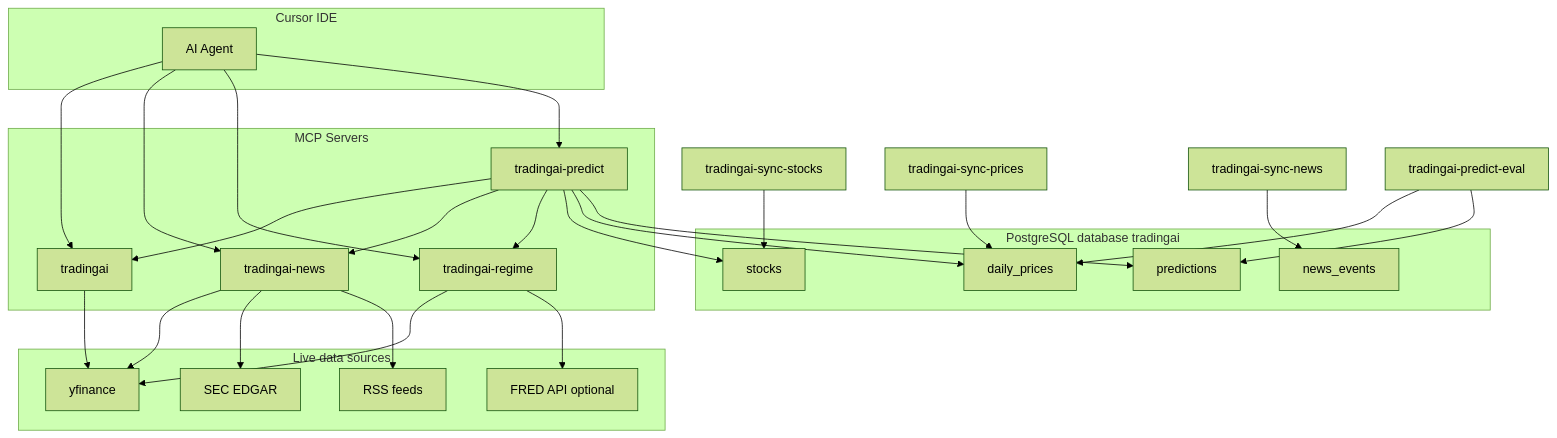
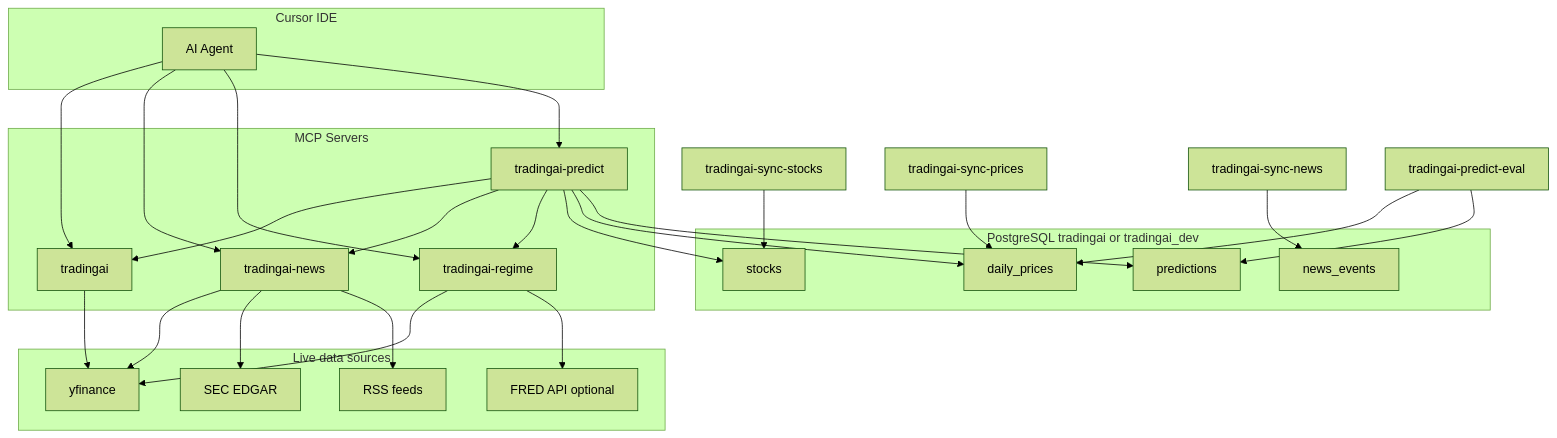
The diagram in README.md (rakytap/tradingai), drawn with Mermaid (forest theme) before and after one commit. The commit also changed other lines of this file and 3 other files, not shown here.

First line of the commit message:
Add TRADINGAI_ENV to select prod vs tradingai_dev databases.

````diff
--- a/README.md
+++ b/README.md
@@ -26,51 +26,51 @@
 ```mermaid
 flowchart TB
     subgraph cursor [Cursor IDE]
         Agent[AI Agent]
     end
 
     subgraph mcp [MCP Servers]
         Tech[tradingai]
         News[tradingai-news]
         Regime[tradingai-regime]
         Predict[tradingai-predict]
     end
 
     subgraph external [Live data sources]
         YF[yfinance]
         SEC[SEC EDGAR]
         RSS[RSS feeds]
         FRED[FRED API optional]
     end
 
-    subgraph postgres [PostgreSQL database tradingai]
+    subgraph postgres [PostgreSQL tradingai or tradingai_dev]
         Stocks[stocks]
         Prices[daily_prices]
         NewsTable[news_events]
         Preds[predictions]
     end
 
     Agent --> Tech
     Agent --> News
     Agent --> Regime
     Agent --> Predict
 
     Tech --> YF
     News --> YF
     News --> SEC
     News --> RSS
     Regime --> YF
     Regime --> FRED
     Predict --> Tech
     Predict --> News
     Predict --> Regime
     Predict --> Stocks
     Predict --> Prices
     Predict --> Preds
 
     SyncStocks[tradingai-sync-stocks] --> Stocks
     SyncPrices[tradingai-sync-prices] --> Prices
     SyncNews[tradingai-sync-news] --> NewsTable
     Eval[tradingai-predict-eval] --> Prices
     Eval --> Preds
 ```
````
